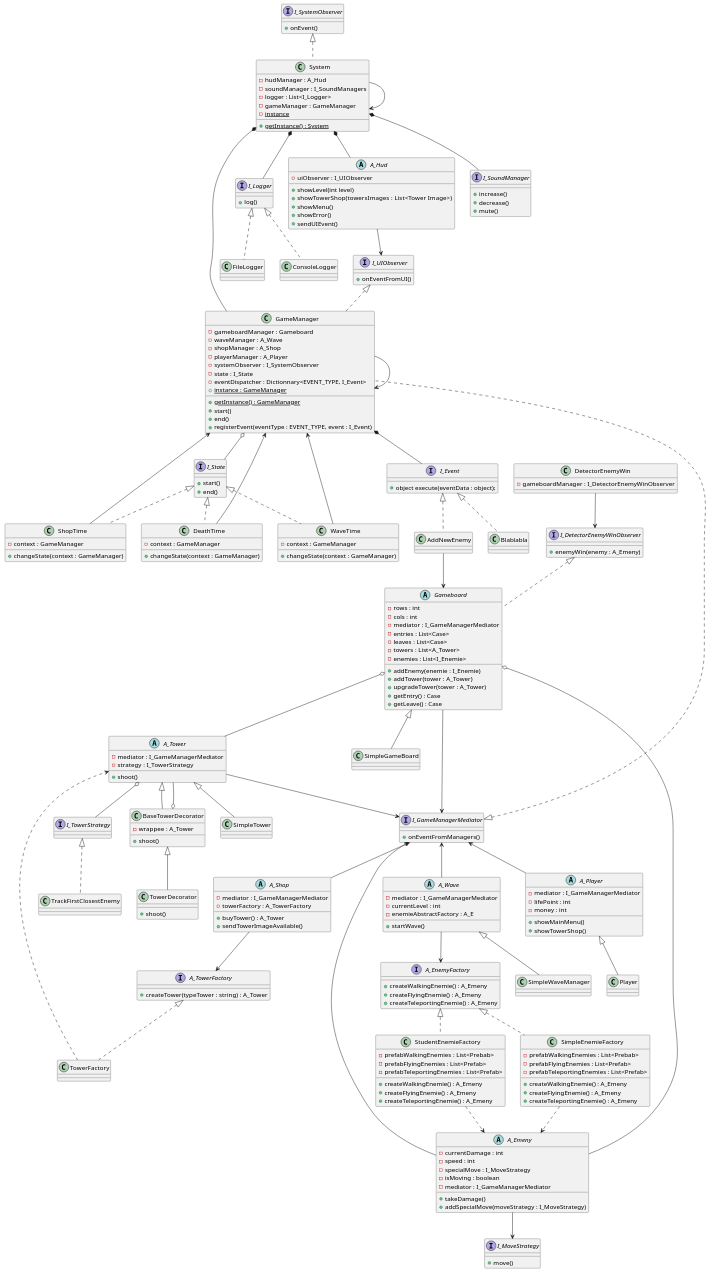
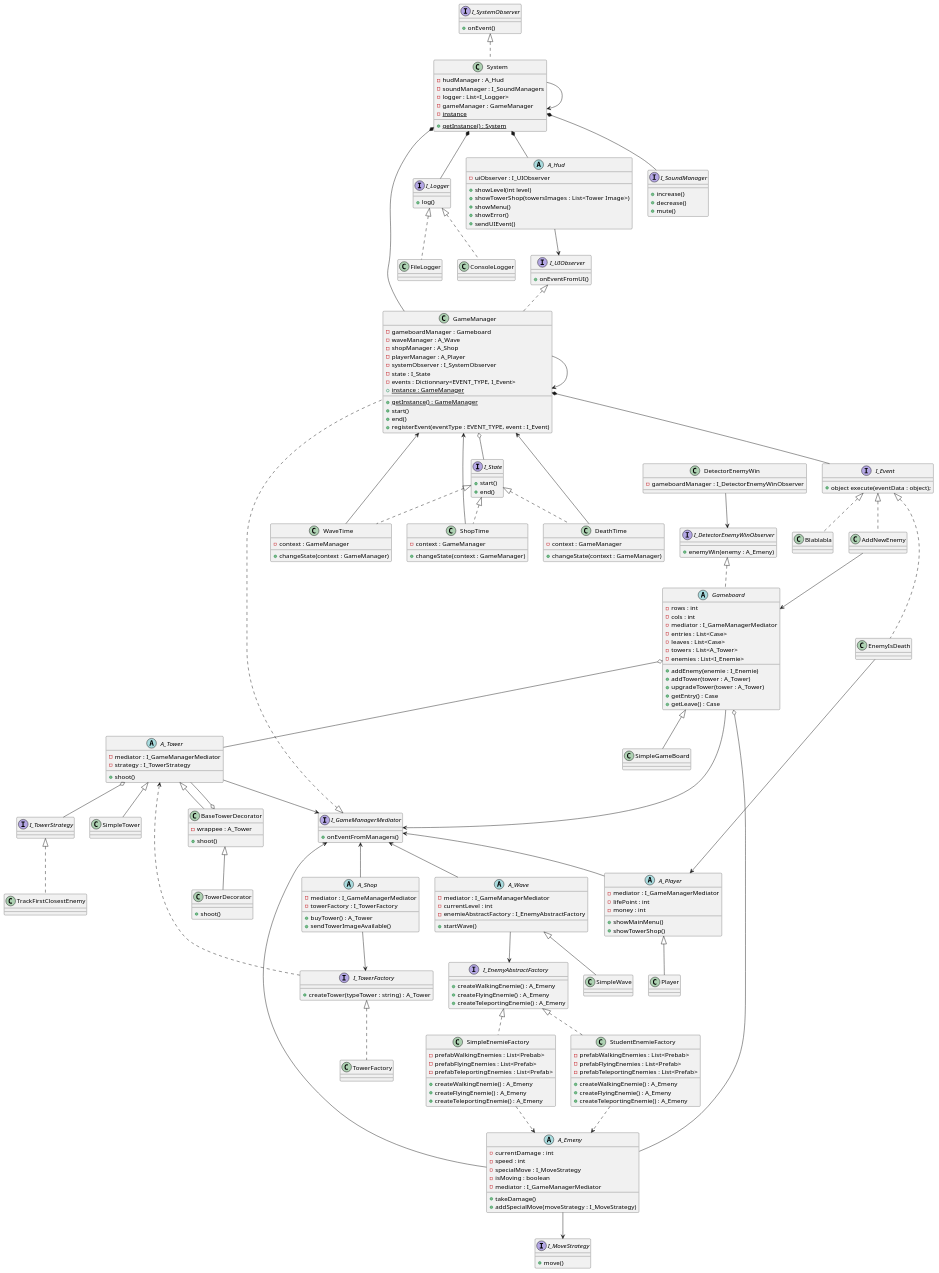
The diagram in uml.plantuml (bobylatruffe/tower_defense), drawn with PlantUML before and after one commit.

Commit message:
chore: cleaning uml

```diff
--- a/uml.plantuml
+++ b/uml.plantuml
@@ -11,7 +11,7 @@
     - playerManager : A_Player
     - systemObserver : I_SystemObserver
     - state : I_State
-    - eventDispatcher : Dictionnary<EVENT_TYPE, I_Event>
+    - events : Dictionnary<EVENT_TYPE, I_Event>
     + {static} instance : GameManager
     + {static} getInstance() : GameManager
     + start()
@@ -27,6 +27,11 @@
 }
 
 AddNewEnemy --> Gameboard
+
+class EnemyIsDeath implements I_Event {
+}
+
+EnemyIsDeath --> A_Player
 
 class Blablabla implements I_Event {
 }
@@ -124,20 +129,20 @@
 abstract class A_Wave  {
     - mediator : I_GameManagerMediator
     - currentLevel : int
-    - enemieAbstractFactory : A_E
+    - enemieAbstractFactory : I_EnemyAbstractFactory
     + startWave()
 }
 
-interface A_EnemyFactory {
+interface I_EnemyAbstractFactory {
     + createWalkingEnemie() : A_Emeny
     + createFlyingEnemie() : A_Emeny
     + createTeleportingEnemie() : A_Emeny
 }
 
-A_Wave --> A_EnemyFactory
-A_Wave <|-- SimpleWaveManager
+A_Wave --> I_EnemyAbstractFactory
+A_Wave <|-- SimpleWave
 
-class StudentEnemieFactory implements A_EnemyFactory {
+class StudentEnemieFactory implements I_EnemyAbstractFactory {
     - prefabWalkingEnemies : List<Prebab>
     - prefabFlyingEnemies : List<Prefab>
     - prefabTeleportingEnemies : List<Prefab>
@@ -148,7 +153,7 @@
 
 StudentEnemieFactory ..> A_Emeny
 
-class SimpleEnemieFactory implements A_EnemyFactory {
+class SimpleEnemieFactory implements I_EnemyAbstractFactory {
     - prefabWalkingEnemies : List<Prebab>
     - prefabFlyingEnemies : List<Prefab>
     - prefabTeleportingEnemies : List<Prefab>
@@ -161,7 +166,7 @@
 
 abstract class A_Shop {
     - mediator : I_GameManagerMediator
-    - towerFactory : A_TowerFactory
+    - towerFactory : I_TowerFactory
     + buyTower() : A_Tower
     + sendTowerImageAvailable()
 }
@@ -174,11 +179,11 @@
     + showTowerShop()
 }
 
-class TowerFactory implements A_TowerFactory {
+class TowerFactory implements I_TowerFactory {
 
 }
 
-A_Shop --> A_TowerFactory
+A_Shop --> I_TowerFactory
 
 abstract class A_Hud {
     - uiObserver : I_UIObserver
@@ -189,7 +194,7 @@
     + sendUIEvent()
 }
 
-interface A_TowerFactory {
+interface I_TowerFactory {
     + createTower(typeTower : string) : A_Tower
 }
 
@@ -232,7 +237,7 @@
 /' Gameboard o-- A_Tower '/
 Gameboard o-- A_Emeny
 
-TowerFactory ..> A_Tower
+I_TowerFactory ..> A_Tower
 
 abstract class A_Tower {
     - mediator : I_GameManagerMediator
```
